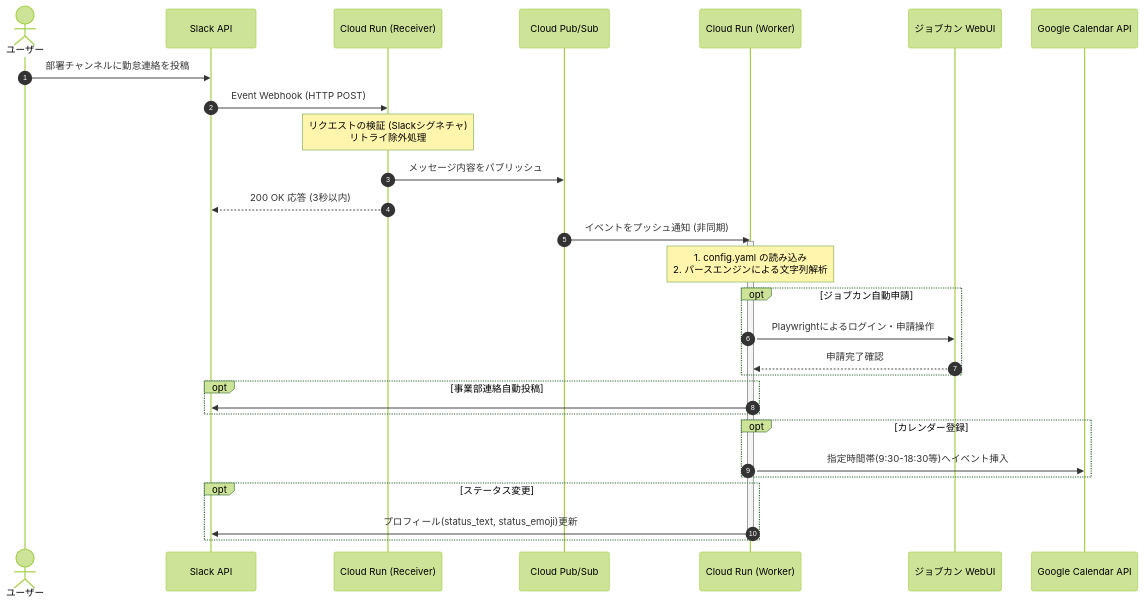
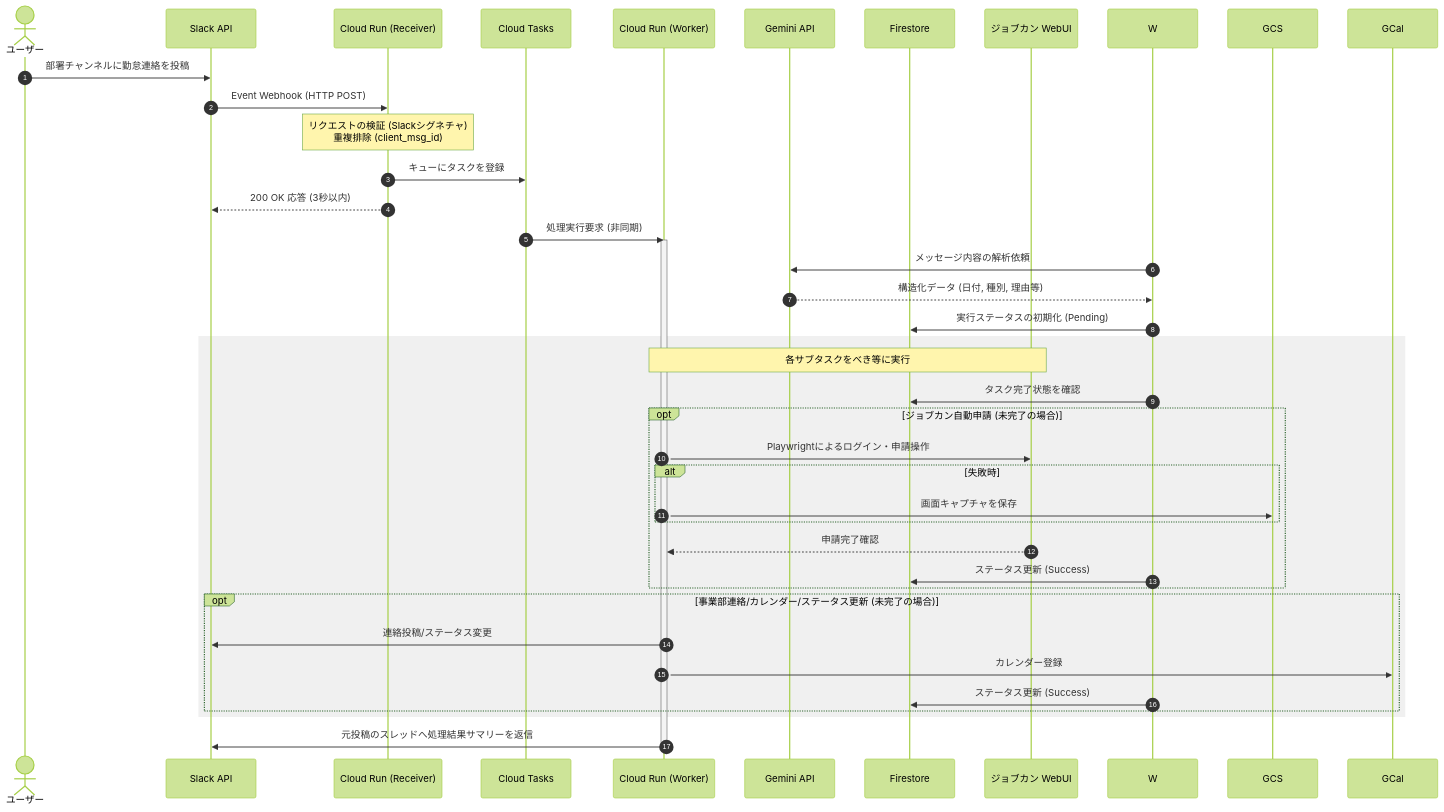
One commit to ea-Mitsuoka/kintai-sync changed the third of 3 diagrams in requirements.md. Above: the diagram before and after it, drawn with Mermaid (forest theme). The commit also changed other lines of this file, not shown here.

First line of the commit message:
docs(arch): update requirements with advanced architecture (v2.0.0)

````diff
--- a/requirements.md
+++ b/requirements.md
@@ -121,41 +125,49 @@
 ```mermaid
 sequenceDiagram
     autonumber
     actor ユーザー
     participant SlackAPI as Slack API
     participant Receiver as Cloud Run (Receiver)
-    participant PubSub as Cloud Pub/Sub
+    participant Tasks as Cloud Tasks
     participant Worker as Cloud Run (Worker)
+    participant LLM as Gemini API
+    participant Firestore as Firestore
     participant Jobcan as ジョブカン WebUI
-    participant GCal as Google Calendar API
 
     ユーザー->>SlackAPI: 部署チャンネルに勤怠連絡を投稿
     SlackAPI->>Receiver: Event Webhook (HTTP POST)
-    Note over Receiver: リクエストの検証 (Slackシグネチャ)<br/>リトライ除外処理
-    Receiver->>PubSub: メッセージ内容をパブリッシュ
+    Note over Receiver: リクエストの検証 (Slackシグネチャ)<br/>重複排除 (client_msg_id)
+    Receiver->>Tasks: キューにタスクを登録
     Receiver-->>SlackAPI: 200 OK 応答 (3秒以内)
     
-    PubSub->>Worker: イベントをプッシュ通知 (非同期)
+    Tasks->>Worker: 処理実行要求 (非同期)
     activate Worker
-    Note over Worker: 1. config.yaml の読み込み<br/>2. パースエンジンによる文字列解析
     
-    opt ジョブカン自動申請
+    W->>LLM: メッセージ内容の解析依頼
+    LLM-->>W: 構造化データ (日付, 種別, 理由等)
+    
+    W->>Firestore: 実行ステータスの初期化 (Pending)
+
+    rect rgb(240, 240, 240)
+    Note over Worker, Jobcan: 各サブタスクをべき等に実行
+    W->>Firestore: タスク完了状態を確認
+    opt ジョブカン自動申請 (未完了の場合)
         Worker->>Jobcan: Playwrightによるログイン・申請操作
+        alt 失敗時
+            Worker->>GCS: 画面キャプチャを保存
+        end
         Jobcan-->>Worker: 申請完了確認
+        W->>Firestore: ステータス更新 (Success)
     end
     
-    opt 事業部連絡自動投稿
-        Worker->>SlackAPI: #ea00_勤怠連絡 へフォーマット投稿
+    opt 事業部連絡/カレンダー/ステータス更新 (未完了の場合)
+        Worker->>SlackAPI: 連絡投稿/ステータス変更
+        Worker->>GCal: カレンダー登録
+        W->>Firestore: ステータス更新 (Success)
     end
-    
-    opt カレンダー登録
-        Worker->>GCal: 指定時間帯(9:30-18:30等)へイベント挿入
     end
-    
-    opt ステータス変更
-        Worker->>SlackAPI: プロフィール(status_text, status_emoji)更新
-    end
+
+    Worker->>SlackAPI: 元投稿のスレッドへ処理結果サマリーを返信
     
     deactivate Worker
-
 ```
````
